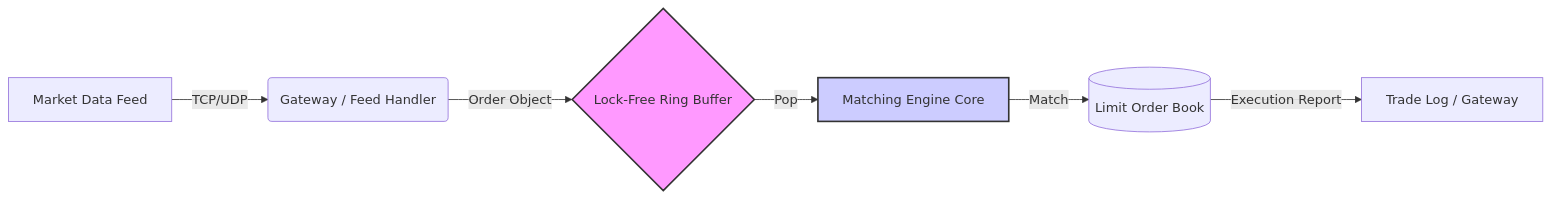
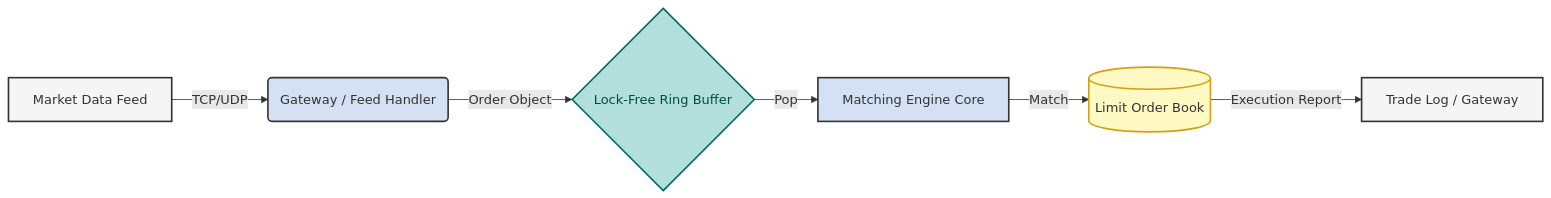
Before and after one commit to 0xSaksham/hyprTrader: the first of 2 diagrams in README.md, drawn with Mermaid. The commit also changed other lines of this file, not shown here.

Commit message:
mermaid diagram update

````diff
--- a/README.md
+++ b/README.md
@@ -29,11 +30,23 @@
 ```mermaid
 graph LR
+    %% Nodes
     A[Market Data Feed] -->|TCP/UDP| B(Gateway / Feed Handler)
     B -->|Order Object| C{Lock-Free Ring Buffer}
     C -->|Pop| D[Matching Engine Core]
     D -->|Match| E[(Limit Order Book)]
     E -->|Execution Report| F[Trade Log / Gateway]
 
-    style C fill:#f9f,stroke:#333,stroke-width:2px
-    style D fill:#ccf,stroke:#333,stroke-width:2px
+    %% Styling - Professional "Systems" Palette
+    classDef hardware fill:#f5f5f5,stroke:#333,stroke-width:2px,color:#333;
+    classDef logic fill:#d4e1f5,stroke:#333,stroke-width:2px,color:#333;
+    classDef storage fill:#fff9c4,stroke:#d4a017,stroke-width:2px,color:#333;
+    classDef critical fill:#ffccbc,stroke:#bf360c,stroke-width:2px,color:#333;
+
+    %% Apply Styles
+    class A,F hardware;
+    class B,D logic;
+    class E storage;
+
+    %% Specific Style for the Buffer (The "Hot Path")
+    style C fill:#b2dfdb,stroke:#00695c,stroke-width:2px,color:#004d40
 ```
````
